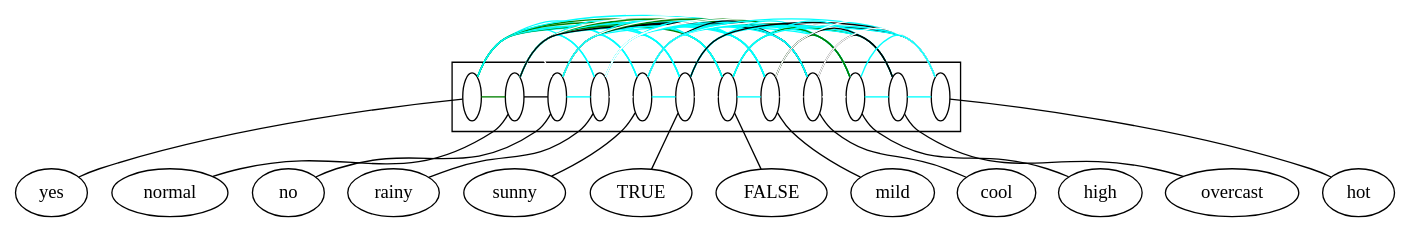
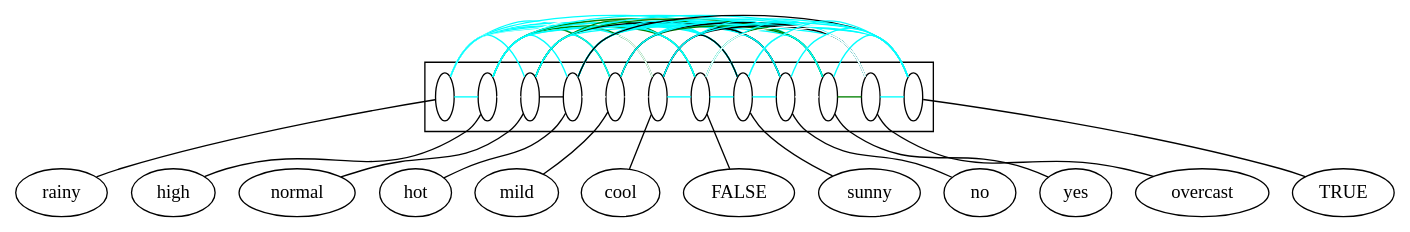
The diagram in src/final/exponential2-structure.dot (lrodrin/TFG), drawn with Graphviz before and after one commit. The commit also changed 13 other files, not shown here.

```diff
--- a/src/final/exponential2-structure.dot
+++ b/src/final/exponential2-structure.dot
@@ -1,112 +1,112 @@
 digraph G {
 compound=True;
-yes;
+rainy;
+high;
 normal;
-no;
-rainy;
-sunny;
-TRUE;
-FALSE;
+hot;
 mild;
 cool;
-high;
+FALSE;
+sunny;
+no;
+yes;
 overcast;
-hot;
-subgraph cluster_sunnyhotTRUEyescoolmildhighovercastrainyFALSEnormalno {
-s_yes [width=0.2, label=" ", fixedsize=True, fillcolor=white];
-s_normal [width=0.2, label=" ", fixedsize=True, fillcolor=white];
-s_no [width=0.2, label=" ", fixedsize=True, fillcolor=white];
-s_rainy [width=0.2, label=" ", fixedsize=True, fillcolor=white];
-s_sunny [width=0.2, label=" ", fixedsize=True, fillcolor=white];
-s_TRUE [width=0.2, label=" ", fixedsize=True, fillcolor=white];
-s_FALSE [width=0.2, label=" ", fixedsize=True, fillcolor=white];
-s_mild [width=0.2, label=" ", fixedsize=True, fillcolor=white];
-s_cool [width=0.2, label=" ", fixedsize=True, fillcolor=white];
-s_high [width=0.2, label=" ", fixedsize=True, fillcolor=white];
-s_overcast [width=0.2, label=" ", fixedsize=True, fillcolor=white];
-s_hot [width=0.2, label=" ", fixedsize=True, fillcolor=white];
+TRUE;
+subgraph cluster_noovercasthighcoolsunnyhotmildyesrainyTRUEFALSEnormal {
+s_rainy [fillcolor=white, label=" ", fixedsize=True, width=0.2];
+s_high [fillcolor=white, label=" ", fixedsize=True, width=0.2];
+s_normal [fillcolor=white, label=" ", fixedsize=True, width=0.2];
+s_hot [fillcolor=white, label=" ", fixedsize=True, width=0.2];
+s_mild [fillcolor=white, label=" ", fixedsize=True, width=0.2];
+s_cool [fillcolor=white, label=" ", fixedsize=True, width=0.2];
+s_FALSE [fillcolor=white, label=" ", fixedsize=True, width=0.2];
+s_sunny [fillcolor=white, label=" ", fixedsize=True, width=0.2];
+s_no [fillcolor=white, label=" ", fixedsize=True, width=0.2];
+s_yes [fillcolor=white, label=" ", fixedsize=True, width=0.2];
+s_overcast [fillcolor=white, label=" ", fixedsize=True, width=0.2];
+s_TRUE [fillcolor=white, label=" ", fixedsize=True, width=0.2];
 subgraph  {
 rank=same;
-s_yes -> s_normal  [color=green, arrowhead=none];
-s_yes -> s_no  [color=white, arrowhead=none];
-s_yes -> s_rainy  [color=cyan, arrowhead=none];
-s_yes -> s_sunny  [color=cyan, arrowhead=none];
-s_yes -> s_TRUE  [color=cyan, arrowhead=none];
-s_yes -> s_FALSE  [color=green, arrowhead=none];
-s_yes -> s_mild  [color=green, arrowhead=none];
-s_yes -> s_cool  [color=cyan, arrowhead=none];
-s_yes -> s_high  [color=cyan, arrowhead=none];
-s_yes -> s_overcast  [color=green, arrowhead=none];
-s_yes -> s_hot  [color=cyan, arrowhead=none];
-s_normal -> s_no  [color=black, arrowhead=none];
-s_normal -> s_rainy  [color=cyan, arrowhead=none];
-s_normal -> s_sunny  [color=cyan, arrowhead=none];
-s_normal -> s_TRUE  [color=cyan, arrowhead=none];
-s_normal -> s_FALSE  [color=green, arrowhead=none];
-s_normal -> s_mild  [color=cyan, arrowhead=none];
-s_normal -> s_cool  [color=green, arrowhead=none];
-s_normal -> s_high  [color=white, arrowhead=none];
-s_normal -> s_overcast  [color=cyan, arrowhead=none];
-s_normal -> s_hot  [color=black, arrowhead=none];
-s_no -> s_rainy  [color=cyan, arrowhead=none];
-s_no -> s_sunny  [color=cyan, arrowhead=none];
-s_no -> s_TRUE  [color=cyan, arrowhead=none];
-s_no -> s_FALSE  [color=cyan, arrowhead=none];
-s_no -> s_mild  [color=cyan, arrowhead=none];
-s_no -> s_cool  [color=black, arrowhead=none];
-s_no -> s_high  [color=green, arrowhead=none];
-s_no -> s_overcast  [color=white, arrowhead=none];
-s_no -> s_hot  [color=cyan, arrowhead=none];
-s_rainy -> s_sunny  [color=white, arrowhead=none];
-s_rainy -> s_TRUE  [color=cyan, arrowhead=none];
-s_rainy -> s_FALSE  [color=cyan, arrowhead=none];
-s_rainy -> s_mild  [color=cyan, arrowhead=none];
-s_rainy -> s_cool  [color=cyan, arrowhead=none];
-s_rainy -> s_high  [color=cyan, arrowhead=none];
-s_rainy -> s_overcast  [color=white, arrowhead=none];
-s_rainy -> s_hot  [color=white, arrowhead=none];
-s_sunny -> s_TRUE  [color=cyan, arrowhead=none];
-s_sunny -> s_FALSE  [color=cyan, arrowhead=none];
-s_sunny -> s_mild  [color=cyan, arrowhead=none];
-s_sunny -> s_cool  [color=black, arrowhead=none];
-s_sunny -> s_high  [color=cyan, arrowhead=none];
-s_sunny -> s_overcast  [color=white, arrowhead=none];
-s_sunny -> s_hot  [color=cyan, arrowhead=none];
-s_TRUE -> s_FALSE  [color=white, arrowhead=none];
-s_TRUE -> s_mild  [color=cyan, arrowhead=none];
-s_TRUE -> s_cool  [color=cyan, arrowhead=none];
-s_TRUE -> s_high  [color=cyan, arrowhead=none];
-s_TRUE -> s_overcast  [color=cyan, arrowhead=none];
-s_TRUE -> s_hot  [color=black, arrowhead=none];
-s_FALSE -> s_mild  [color=cyan, arrowhead=none];
-s_FALSE -> s_cool  [color=cyan, arrowhead=none];
-s_FALSE -> s_high  [color=green, arrowhead=none];
-s_FALSE -> s_overcast  [color=cyan, arrowhead=none];
-s_FALSE -> s_hot  [color=cyan, arrowhead=none];
-s_mild -> s_cool  [color=white, arrowhead=none];
-s_mild -> s_high  [color=green, arrowhead=none];
-s_mild -> s_overcast  [color=black, arrowhead=none];
-s_mild -> s_hot  [color=white, arrowhead=none];
-s_cool -> s_high  [color=white, arrowhead=none];
-s_cool -> s_overcast  [color=black, arrowhead=none];
-s_cool -> s_hot  [color=white, arrowhead=none];
-s_high -> s_overcast  [color=cyan, arrowhead=none];
-s_high -> s_hot  [color=cyan, arrowhead=none];
-s_overcast -> s_hot  [color=cyan, arrowhead=none];
+s_rainy -> s_high  [arrowhead=none, color=cyan];
+s_rainy -> s_normal  [arrowhead=none, color=cyan];
+s_rainy -> s_hot  [arrowhead=none, color=white];
+s_rainy -> s_mild  [arrowhead=none, color=cyan];
+s_rainy -> s_cool  [arrowhead=none, color=cyan];
+s_rainy -> s_FALSE  [arrowhead=none, color=cyan];
+s_rainy -> s_sunny  [arrowhead=none, color=white];
+s_rainy -> s_no  [arrowhead=none, color=cyan];
+s_rainy -> s_yes  [arrowhead=none, color=cyan];
+s_rainy -> s_overcast  [arrowhead=none, color=white];
+s_rainy -> s_TRUE  [arrowhead=none, color=cyan];
+s_high -> s_normal  [arrowhead=none, color=white];
+s_high -> s_hot  [arrowhead=none, color=cyan];
+s_high -> s_mild  [arrowhead=none, color=green];
+s_high -> s_cool  [arrowhead=none, color=white];
+s_high -> s_FALSE  [arrowhead=none, color=green];
+s_high -> s_sunny  [arrowhead=none, color=cyan];
+s_high -> s_no  [arrowhead=none, color=green];
+s_high -> s_yes  [arrowhead=none, color=cyan];
+s_high -> s_overcast  [arrowhead=none, color=cyan];
+s_high -> s_TRUE  [arrowhead=none, color=cyan];
+s_normal -> s_hot  [arrowhead=none, color=black];
+s_normal -> s_mild  [arrowhead=none, color=cyan];
+s_normal -> s_cool  [arrowhead=none, color=green];
+s_normal -> s_FALSE  [arrowhead=none, color=green];
+s_normal -> s_sunny  [arrowhead=none, color=cyan];
+s_normal -> s_no  [arrowhead=none, color=black];
+s_normal -> s_yes  [arrowhead=none, color=green];
+s_normal -> s_overcast  [arrowhead=none, color=cyan];
+s_normal -> s_TRUE  [arrowhead=none, color=cyan];
+s_hot -> s_mild  [arrowhead=none, color=white];
+s_hot -> s_cool  [arrowhead=none, color=white];
+s_hot -> s_FALSE  [arrowhead=none, color=cyan];
+s_hot -> s_sunny  [arrowhead=none, color=cyan];
+s_hot -> s_no  [arrowhead=none, color=cyan];
+s_hot -> s_yes  [arrowhead=none, color=cyan];
+s_hot -> s_overcast  [arrowhead=none, color=cyan];
+s_hot -> s_TRUE  [arrowhead=none, color=black];
+s_mild -> s_cool  [arrowhead=none, color=white];
+s_mild -> s_FALSE  [arrowhead=none, color=cyan];
+s_mild -> s_sunny  [arrowhead=none, color=cyan];
+s_mild -> s_no  [arrowhead=none, color=cyan];
+s_mild -> s_yes  [arrowhead=none, color=green];
+s_mild -> s_overcast  [arrowhead=none, color=black];
+s_mild -> s_TRUE  [arrowhead=none, color=cyan];
+s_cool -> s_FALSE  [arrowhead=none, color=cyan];
+s_cool -> s_sunny  [arrowhead=none, color=black];
+s_cool -> s_no  [arrowhead=none, color=black];
+s_cool -> s_yes  [arrowhead=none, color=cyan];
+s_cool -> s_overcast  [arrowhead=none, color=black];
+s_cool -> s_TRUE  [arrowhead=none, color=cyan];
+s_FALSE -> s_sunny  [arrowhead=none, color=cyan];
+s_FALSE -> s_no  [arrowhead=none, color=cyan];
+s_FALSE -> s_yes  [arrowhead=none, color=green];
+s_FALSE -> s_overcast  [arrowhead=none, color=cyan];
+s_FALSE -> s_TRUE  [arrowhead=none, color=white];
+s_sunny -> s_no  [arrowhead=none, color=cyan];
+s_sunny -> s_yes  [arrowhead=none, color=cyan];
+s_sunny -> s_overcast  [arrowhead=none, color=white];
+s_sunny -> s_TRUE  [arrowhead=none, color=cyan];
+s_no -> s_yes  [arrowhead=none, color=white];
+s_no -> s_overcast  [arrowhead=none, color=white];
+s_no -> s_TRUE  [arrowhead=none, color=cyan];
+s_yes -> s_overcast  [arrowhead=none, color=green];
+s_yes -> s_TRUE  [arrowhead=none, color=cyan];
+s_overcast -> s_TRUE  [arrowhead=none, color=cyan];
 }
 
 }
 
-s_yes -> yes  [arrowhead=none];
+s_rainy -> rainy  [arrowhead=none];
+s_high -> high  [arrowhead=none];
 s_normal -> normal  [arrowhead=none];
-s_no -> no  [arrowhead=none];
-s_rainy -> rainy  [arrowhead=none];
-s_sunny -> sunny  [arrowhead=none];
-s_TRUE -> TRUE  [arrowhead=none];
-s_FALSE -> FALSE  [arrowhead=none];
+s_hot -> hot  [arrowhead=none];
 s_mild -> mild  [arrowhead=none];
 s_cool -> cool  [arrowhead=none];
-s_high -> high  [arrowhead=none];
+s_FALSE -> FALSE  [arrowhead=none];
+s_sunny -> sunny  [arrowhead=none];
+s_no -> no  [arrowhead=none];
+s_yes -> yes  [arrowhead=none];
 s_overcast -> overcast  [arrowhead=none];
-s_hot -> hot  [arrowhead=none];
+s_TRUE -> TRUE  [arrowhead=none];
 }
```
